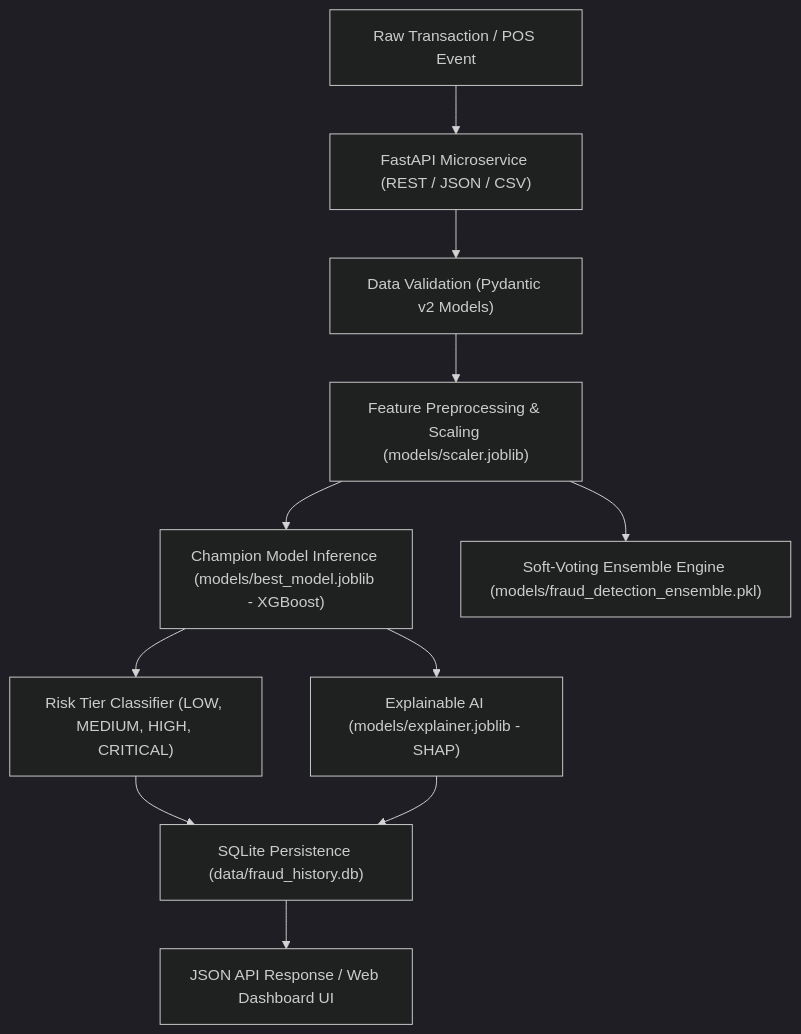
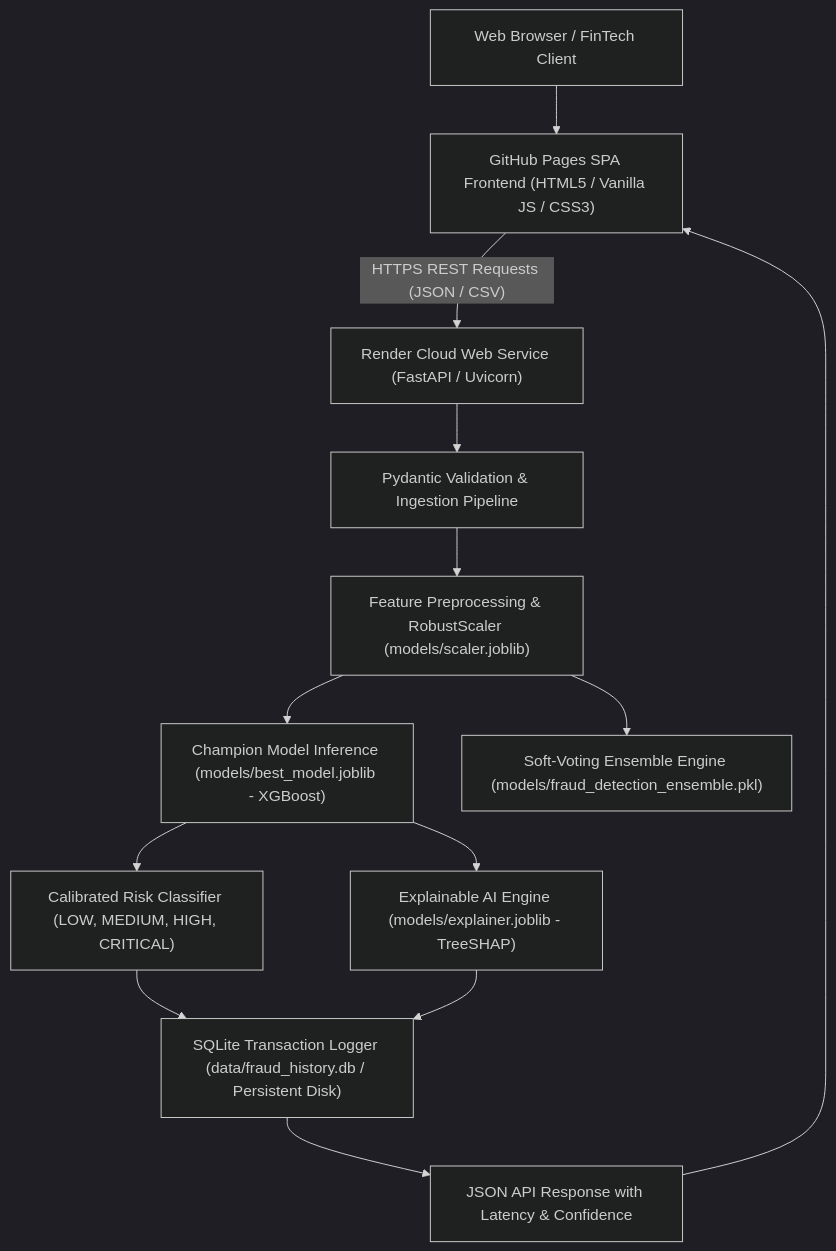
One commit to UMARMUKTHAR03/fraud-detection-system changed the diagram in README.md. Above: the diagram before and after it, drawn with Mermaid (dark theme). The commit also changed other lines of this file and 10 other files, not shown here.

Commit message:
feat: complete FastAPI backend, Render deployment configuration, and real frontend API integration

````diff
--- a/README.md
+++ b/README.md
@@ -87,13 +87,15 @@
 ```mermaid
 graph TD
-    A["Raw Transaction / POS Event"] --> B["FastAPI Microservice (REST / JSON / CSV)"]
-    B --> C["Data Validation (Pydantic v2 Models)"]
-    C --> D["Feature Preprocessing & Scaling (models/scaler.joblib)"]
-    D --> E["Champion Model Inference (models/best_model.joblib - XGBoost)"]
-    D --> F["Soft-Voting Ensemble Engine (models/fraud_detection_ensemble.pkl)"]
-    E --> G["Risk Tier Classifier (LOW, MEDIUM, HIGH, CRITICAL)"]
-    E --> H["Explainable AI (models/explainer.joblib - SHAP)"]
-    G --> I["SQLite Persistence (data/fraud_history.db)"]
-    H --> I
-    I --> J["JSON API Response / Web Dashboard UI"]
+    A["Web Browser / FinTech Client"] --> B["GitHub Pages SPA Frontend (HTML5 / Vanilla JS / CSS3)"]
+    B -- "HTTPS REST Requests (JSON / CSV)" --> C["Render Cloud Web Service (FastAPI / Uvicorn)"]
+    C --> D["Pydantic Validation & Ingestion Pipeline"]
+    D --> E["Feature Preprocessing & RobustScaler (models/scaler.joblib)"]
+    E --> F["Champion Model Inference (models/best_model.joblib - XGBoost)"]
+    E --> G["Soft-Voting Ensemble Engine (models/fraud_detection_ensemble.pkl)"]
+    F --> H["Calibrated Risk Classifier (LOW, MEDIUM, HIGH, CRITICAL)"]
+    F --> I["Explainable AI Engine (models/explainer.joblib - TreeSHAP)"]
+    H --> J["SQLite Transaction Logger (data/fraud_history.db / Persistent Disk)"]
+    I --> J
+    J --> K["JSON API Response with Latency & Confidence"]
+    K --> B
 ```
````
